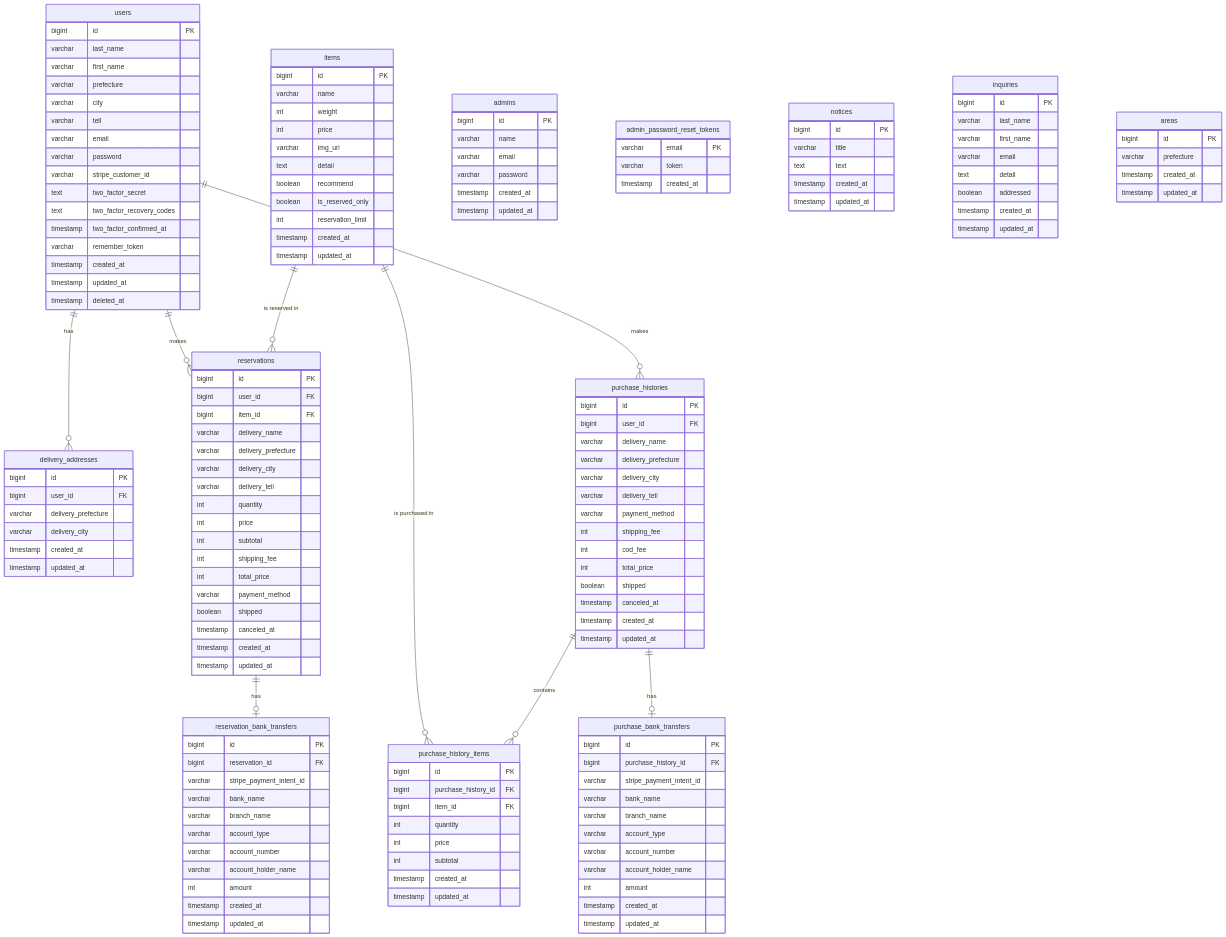
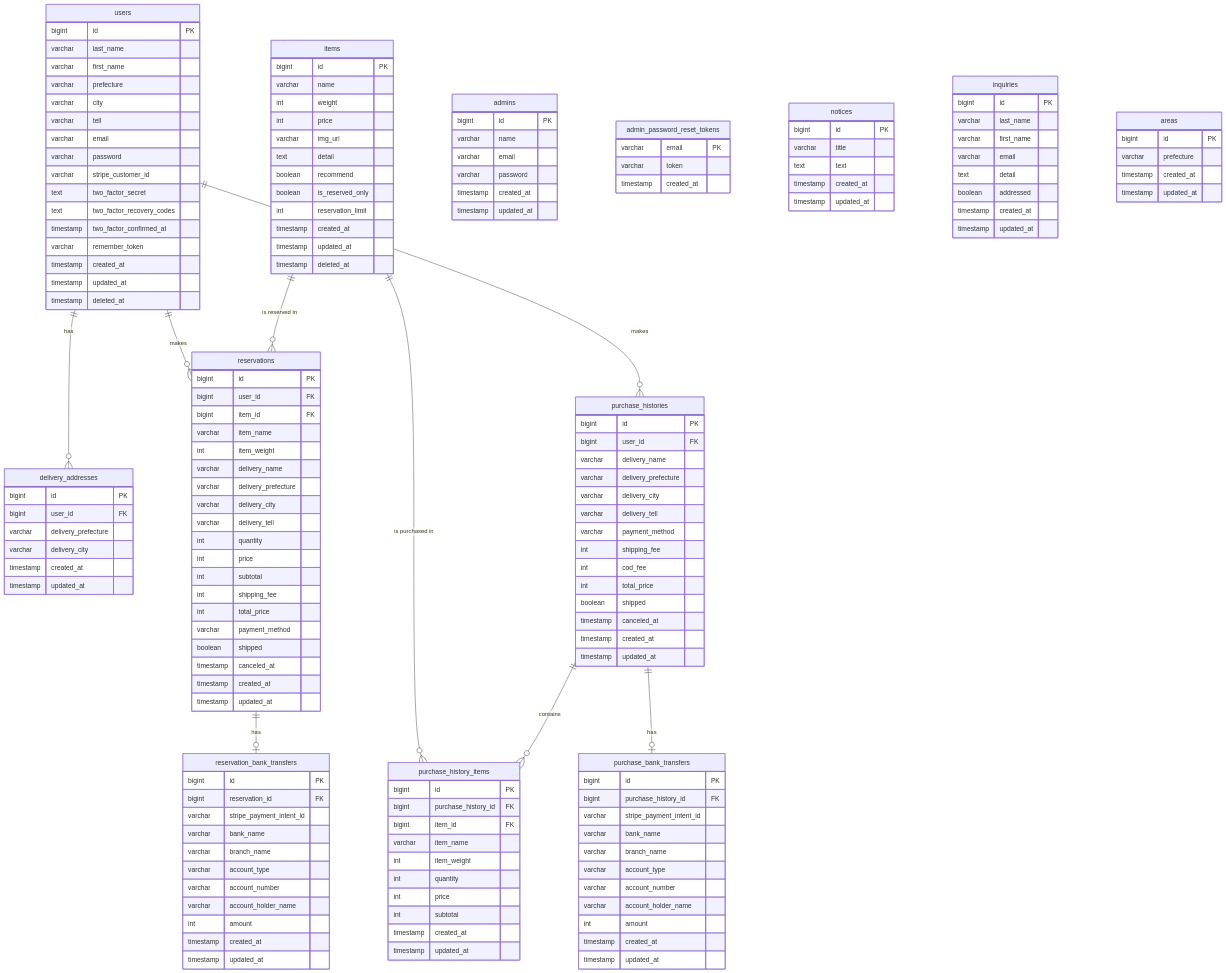
One commit to basstuba/shioyafarm changed the diagram in docs/06-er-diagram.md. Above: the diagram before and after it, drawn with Mermaid. The commit also changed 116 other files, not shown here.

```diff
--- a/docs/06-er-diagram.md
+++ b/docs/06-er-diagram.md
@@ -57,6 +57,8 @@
         bigint id PK
         bigint user_id FK
         bigint item_id FK
+        varchar item_name
+        int item_weight
         varchar delivery_name
         varchar delivery_prefecture
         varchar delivery_city
@@ -122,6 +124,8 @@
         bigint id PK
         bigint purchase_history_id FK
         bigint item_id FK
+        varchar item_name
+        int item_weight
         int quantity
         int price
         int subtotal
@@ -141,6 +145,7 @@
         int reservation_limit
         timestamp created_at
         timestamp updated_at
+        timestamp deleted_at
     }
 
     admins {
```
